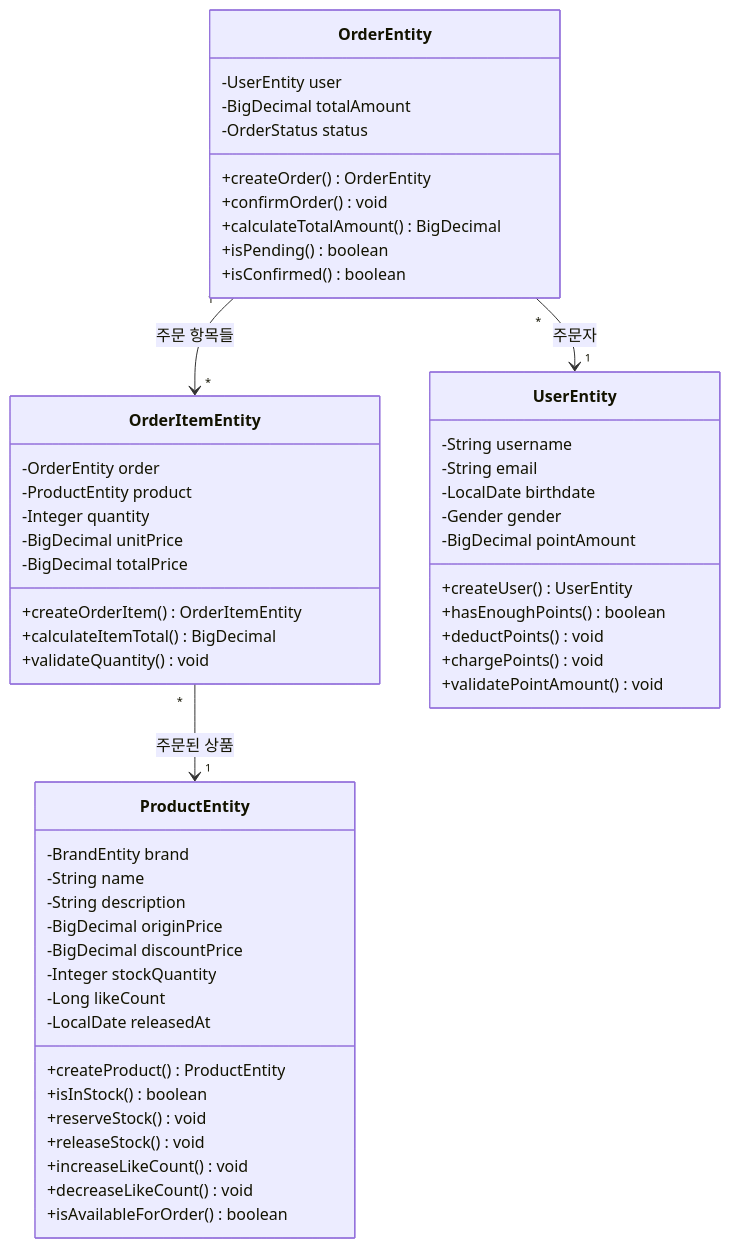
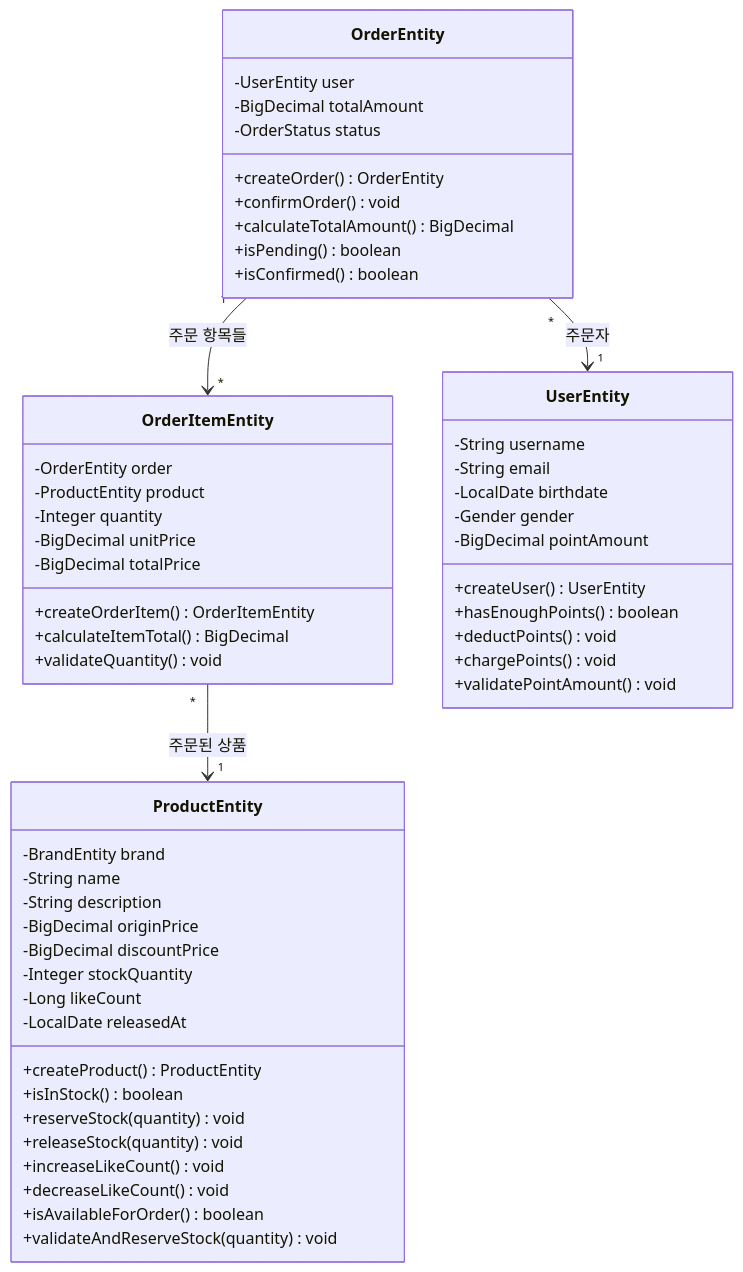
One commit to hyujikoh/loopers-spring-java-template changed the fifth of 5 diagrams in docs/week2/03-class-diagram.md. Above: the diagram before and after it, drawn with Mermaid. The commit also changed other lines of this file and 1 other file, not shown here.

First line of the commit message:
docs(sequence-diagram): 주문 처리 원자성 보장 문서 추가

````diff
--- a/docs/week2/03-class-diagram.md
+++ b/docs/week2/03-class-diagram.md
@@ -244,59 +253,60 @@
 ```mermaid
 classDiagram
     class OrderEntity {
         -UserEntity user
         -BigDecimal totalAmount
         -OrderStatus status
         +createOrder() OrderEntity
         +confirmOrder() void
         +calculateTotalAmount() BigDecimal
         +isPending() boolean
         +isConfirmed() boolean
     }
 
     class OrderItemEntity {
         -OrderEntity order
         -ProductEntity product
         -Integer quantity
         -BigDecimal unitPrice
         -BigDecimal totalPrice
         +createOrderItem() OrderItemEntity
         +calculateItemTotal() BigDecimal
         +validateQuantity() void
     }
 
     class UserEntity {
         -String username
         -String email
         -LocalDate birthdate
         -Gender gender
         -BigDecimal pointAmount
         +createUser() UserEntity
         +hasEnoughPoints() boolean
         +deductPoints() void
         +chargePoints() void
         +validatePointAmount() void
     }
 
     class ProductEntity {
         -BrandEntity brand
         -String name
         -String description
         -BigDecimal originPrice
         -BigDecimal discountPrice
         -Integer stockQuantity
         -Long likeCount
         -LocalDate releasedAt
         +createProduct() ProductEntity
         +isInStock() boolean
-        +reserveStock() void
-        +releaseStock() void
+        +reserveStock(quantity) void
+        +releaseStock(quantity) void
         +increaseLikeCount() void
         +decreaseLikeCount() void
         +isAvailableForOrder() boolean
+        +validateAndReserveStock(quantity) void
     }
 
     OrderEntity "1" --> "*" OrderItemEntity : 주문 항목들
     OrderEntity "*" --> "1" UserEntity : 주문자
     OrderItemEntity "*" --> "1" ProductEntity : 주문된 상품
 ```
````
